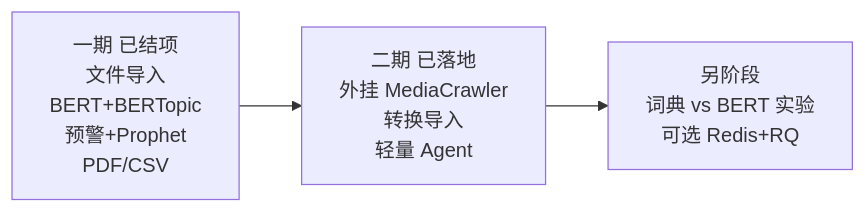
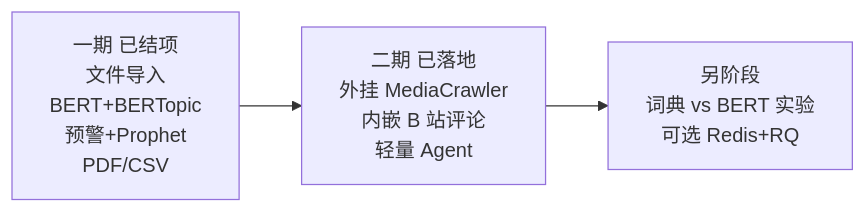
Before and after one commit to LinJJ12/yuqing: the sixth of 13 diagrams in docs/diagrams.md, drawn with Mermaid. The commit also changed other lines of this file and 21 other files, not shown here.

````diff
--- a/docs/diagrams.md
+++ b/docs/diagrams.md
@@ -79,7 +99,7 @@
 ```mermaid
 flowchart LR
     P1[一期 已结项<br/>文件导入<br/>BERT+BERTopic<br/>预警+Prophet<br/>PDF/CSV]
-    P2[二期 已落地<br/>外挂 MediaCrawler<br/>转换导入<br/>轻量 Agent]
+    P2[二期 已落地<br/>外挂 MediaCrawler<br/>内嵌 B 站评论<br/>轻量 Agent]
     P3[另阶段<br/>词典 vs BERT 实验<br/>可选 Redis+RQ]
     P1 --> P2 --> P3
 ```
````
